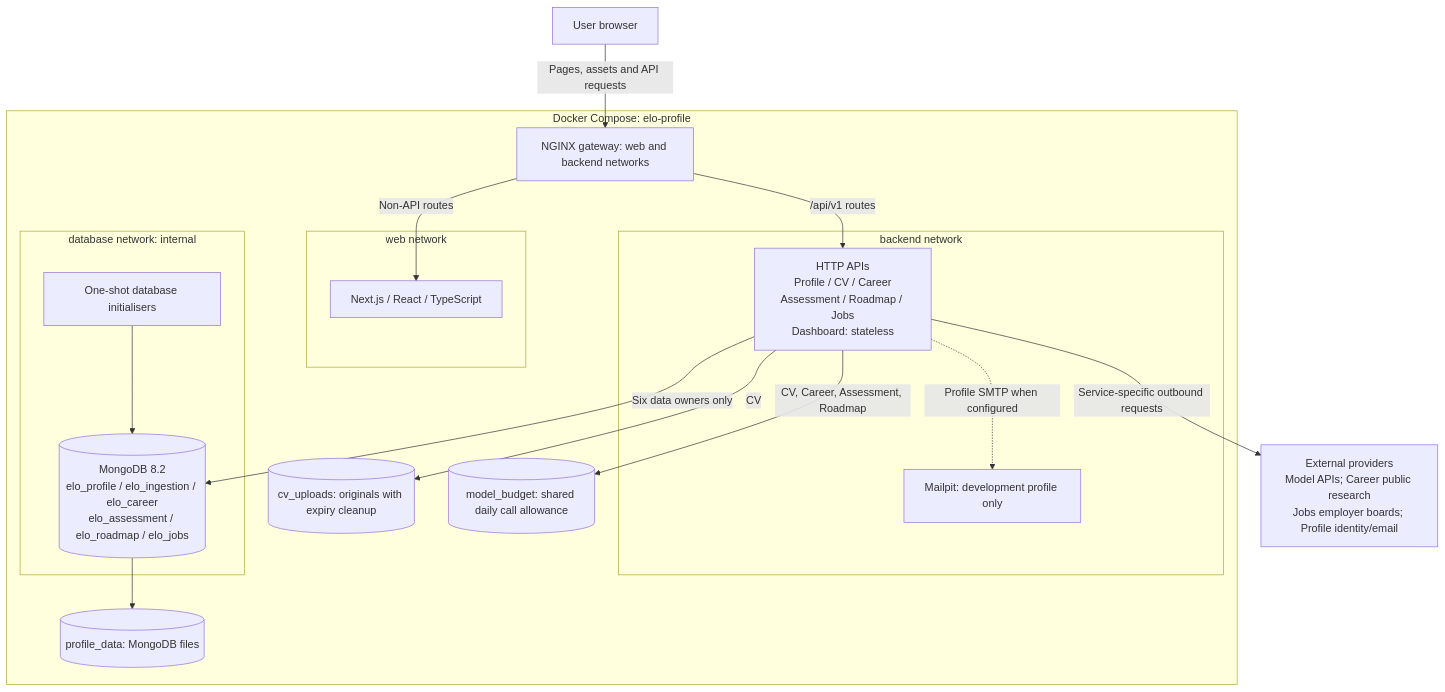
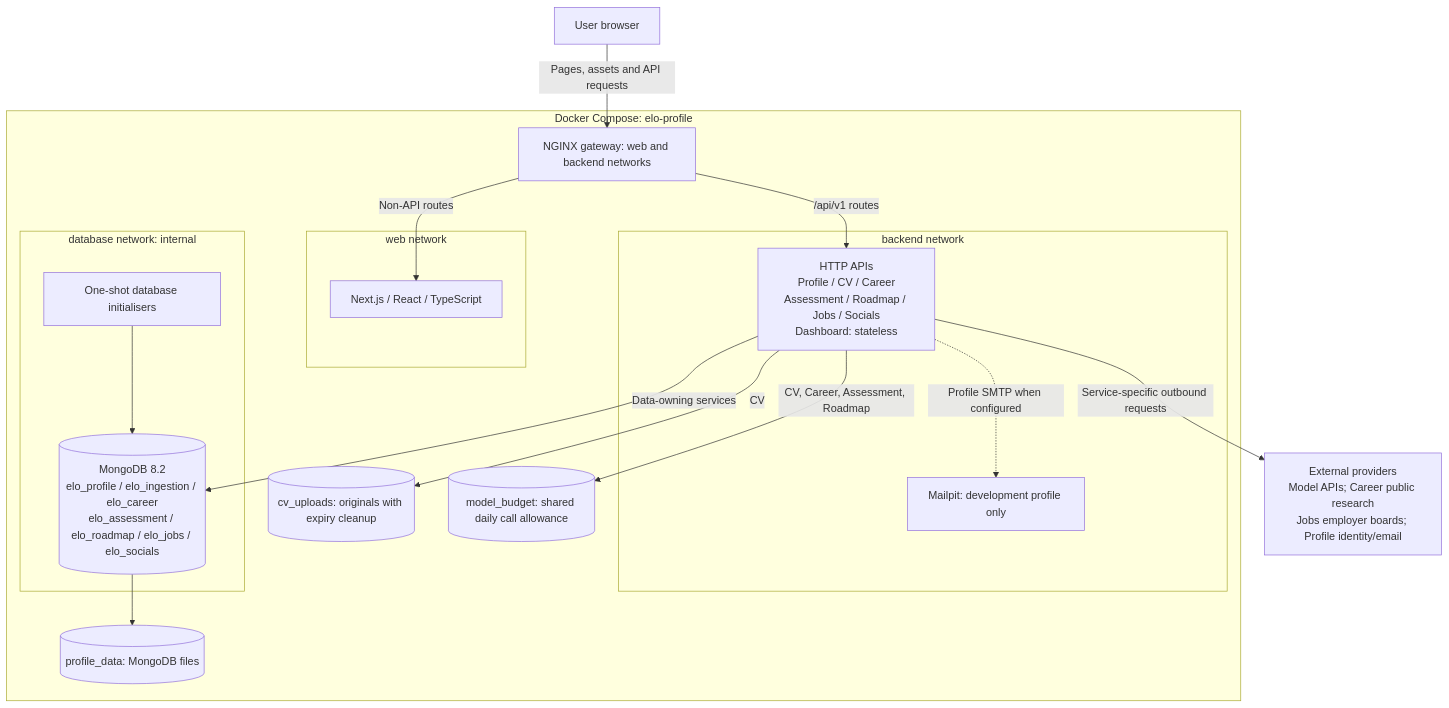
One commit to bryan034/coachify changed the diagram in docs/architecture/README.md. Above: the diagram before and after it, drawn with Mermaid. The commit also changed other lines of this file and 48 other files, not shown here.

````diff
--- a/docs/architecture/README.md
+++ b/docs/architecture/README.md
@@ -22,34 +22,34 @@
 ```mermaid
 flowchart TB
     Browser[User browser]
     External["External providers<br/>Model APIs; Career public research<br/>Jobs employer boards; Profile identity/email"]
 
     subgraph Deployment[Docker Compose: elo-profile]
         Gateway[NGINX gateway: web and backend networks]
         subgraph WebNetwork[web network]
             Frontend[Next.js / React / TypeScript]
         end
         subgraph Backend[backend network]
-            APIs["HTTP APIs<br/>Profile / CV / Career<br/>Assessment / Roadmap / Jobs<br/>Dashboard: stateless"]
+            APIs["HTTP APIs<br/>Profile / CV / Career<br/>Assessment / Roadmap / Jobs / Socials<br/>Dashboard: stateless"]
             Mailpit[Mailpit: development profile only]
         end
         subgraph Database[database network: internal]
-            Mongo[("MongoDB 8.2<br/>elo_profile / elo_ingestion / elo_career<br/>elo_assessment / elo_roadmap / elo_jobs")]
+            Mongo[("MongoDB 8.2<br/>elo_profile / elo_ingestion / elo_career<br/>elo_assessment / elo_roadmap / elo_jobs / elo_socials")]
             Init[One-shot database initialisers]
         end
         Data[(profile_data: MongoDB files)]
         Uploads[(cv_uploads: originals with expiry cleanup)]
         Budget[(model_budget: shared daily call allowance)]
     end
 
     Browser -->|Pages, assets and API requests| Gateway
     Gateway -->|Non-API routes| Frontend
     Gateway -->|/api/v1 routes| APIs
-    APIs -->|Six data owners only| Mongo
+    APIs -->|Data-owning services| Mongo
     Init --> Mongo
     Mongo --> Data
     APIs -->|CV| Uploads
     APIs -->|CV, Career, Assessment, Roadmap| Budget
     APIs -->|Service-specific outbound requests| External
     APIs -. Profile SMTP when configured .-> Mailpit
 ```
````
